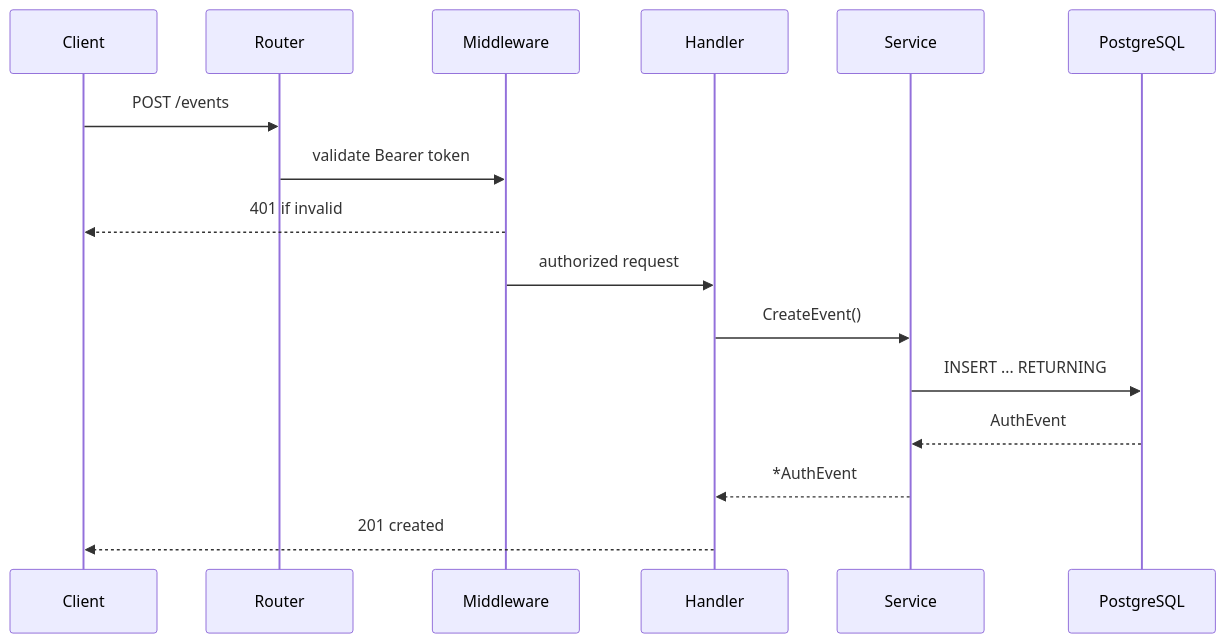
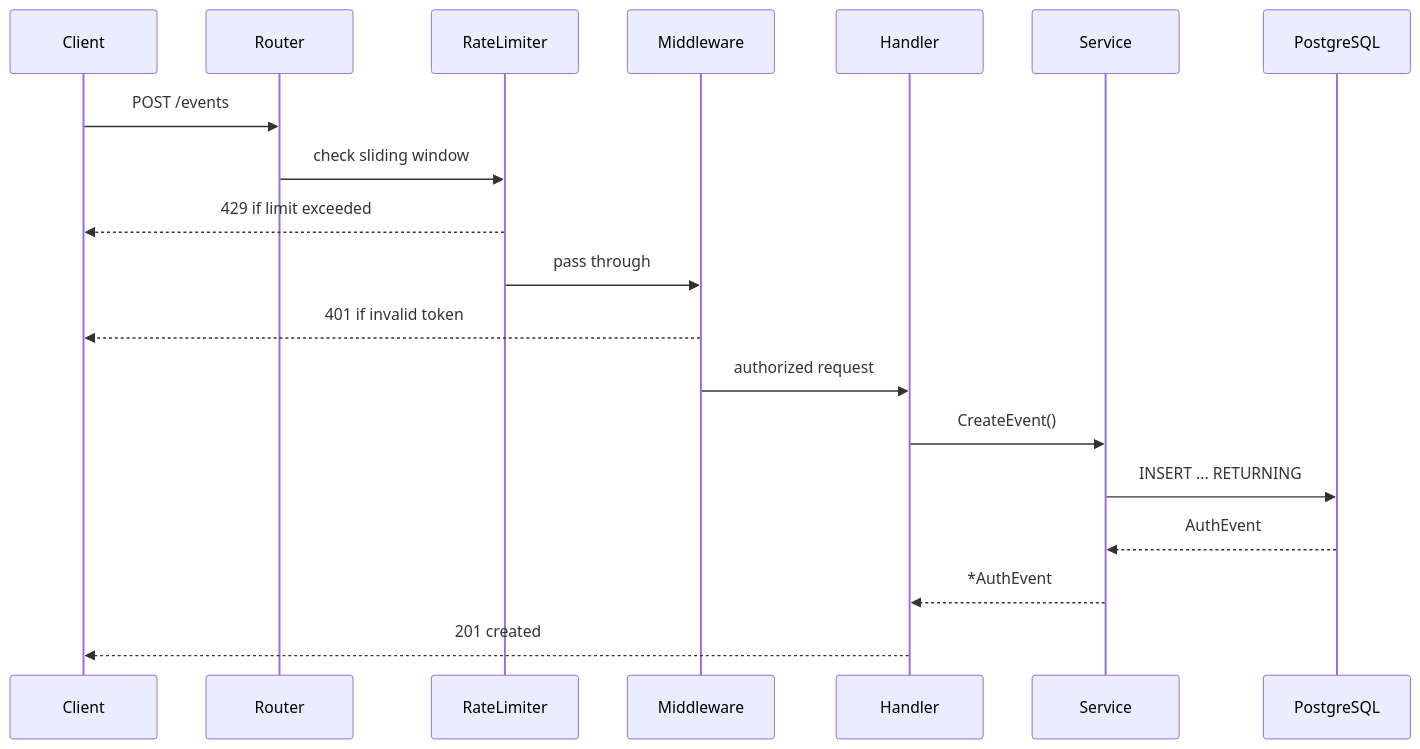
Before and after one commit to BennerG/auth-log-analyzer: the second of 2 diagrams in README.md, drawn with Mermaid. The commit also changed other lines of this file and 8 other files, not shown here.

First line of the commit message:
feat: Add Redis-backed sliding window rate limiter with per-route limits

````diff
--- a/README.md
+++ b/README.md
@@ -35,12 +36,14 @@
 ```mermaid
 sequenceDiagram
     Client->>Router: POST /events
-    Router->>Middleware: validate Bearer token
-    Middleware-->>Client: 401 if invalid
+    Router->>RateLimiter: check sliding window
+    RateLimiter-->>Client: 429 if limit exceeded
+    RateLimiter->>Middleware: pass through
+    Middleware-->>Client: 401 if invalid token
     Middleware->>Handler: authorized request
     Handler->>Service: CreateEvent()
     Service->>PostgreSQL: INSERT ... RETURNING
     PostgreSQL-->>Service: AuthEvent
     Service-->>Handler: *AuthEvent
     Handler-->>Client: 201 created
 ```
````
